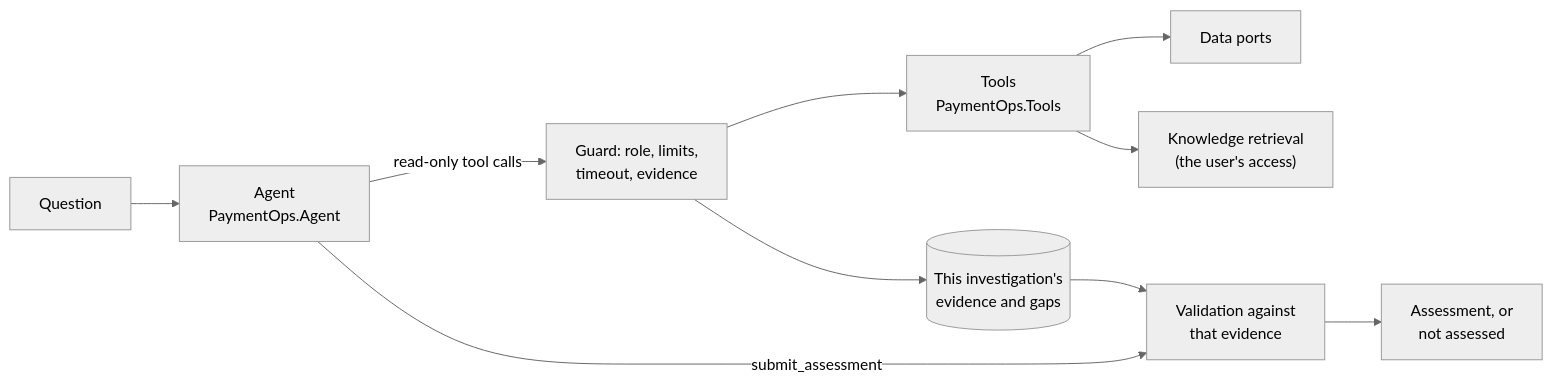
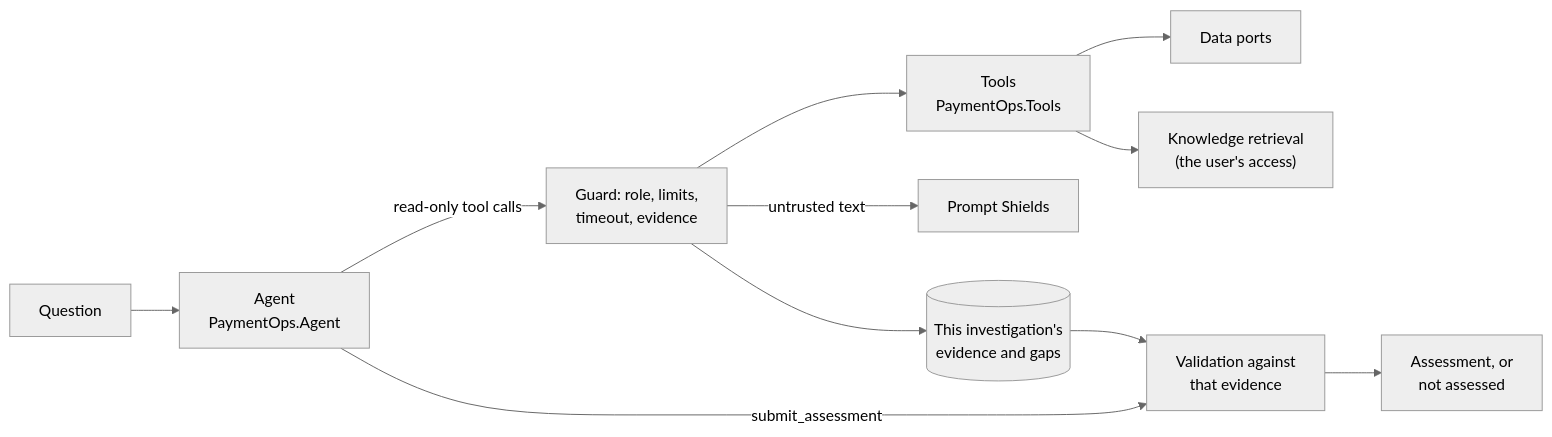
One commit to ankurparekh1988/payment-ops-investigation-agent changed the fifth of 8 diagrams in docs/Architecture.md. Above: the diagram before and after it, drawn with Mermaid (neutral theme). The commit also changed other lines of this file and 58 other files, not shown here.

Commit message:
feat: screen untrusted tool text and refuse blocked input (#40)

````diff
--- a/docs/Architecture.md
+++ b/docs/Architecture.md
@@ -172,12 +172,13 @@
 ```mermaid
 flowchart LR
   Q["Question"] --> A["Agent<br/>PaymentOps.Agent"]
   A -- "read-only tool calls" --> G["Guard: role, limits,<br/>timeout, evidence"]
   G --> T["Tools<br/>PaymentOps.Tools"]
   T --> P["Data ports"]
   T --> K["Knowledge retrieval<br/>(the user's access)"]
+  G -- "untrusted text" --> PS["Prompt Shields"]
   G --> S[("This investigation's<br/>evidence and gaps")]
   A -- "submit_assessment" --> V["Validation against<br/>that evidence"]
   S --> V
   V --> R["Assessment, or<br/>not assessed"]
 ```
````
